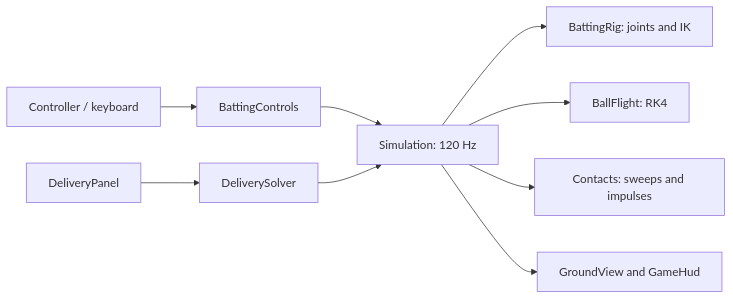
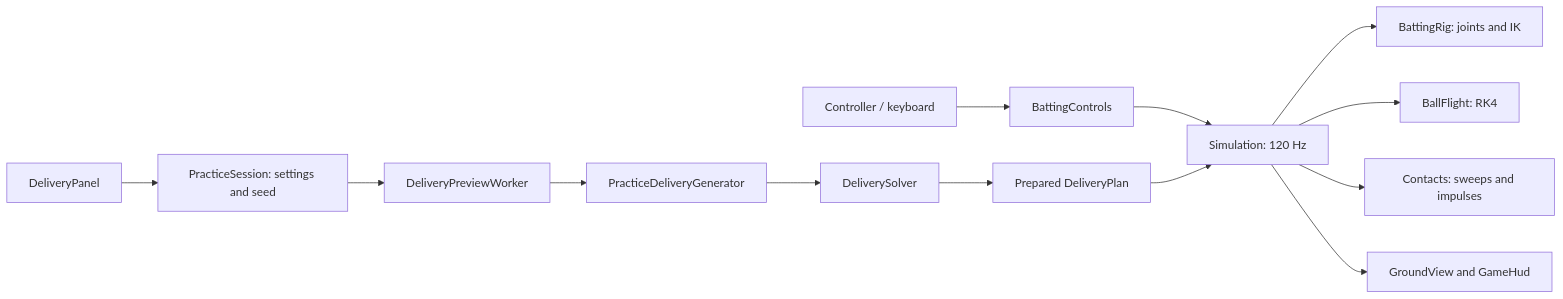
The diagram in docs/ARCHITECTURE.md (ChiranjeeviRajendra/cricket2d-simulator), drawn with Mermaid before and after one commit. The commit also changed other lines of this file and 63 other files, not shown here.

````diff
--- a/docs/ARCHITECTURE.md
+++ b/docs/ARCHITECTURE.md
@@ -5,11 +5,15 @@
 ```mermaid
 flowchart LR
     Input[Controller / keyboard] --> Controls[BattingControls]
-    UI[DeliveryPanel] --> Solver[DeliverySolver]
+    UI[DeliveryPanel] --> Practice[PracticeSession: settings and seed]
+    Practice --> Worker[DeliveryPreviewWorker]
+    Worker --> Generator[PracticeDeliveryGenerator]
+    Generator --> Solver[DeliverySolver]
     Controls --> Sim[Simulation: 120 Hz]
-    Solver --> Sim
+    Solver --> Plan[Prepared DeliveryPlan]
+    Plan --> Sim
     Sim --> Rig[BattingRig: joints and IK]
     Sim --> Flight[BallFlight: RK4]
     Sim --> Contacts[Contacts: sweeps and impulses]
     Sim --> View[GroundView and GameHud]
 ```
````
